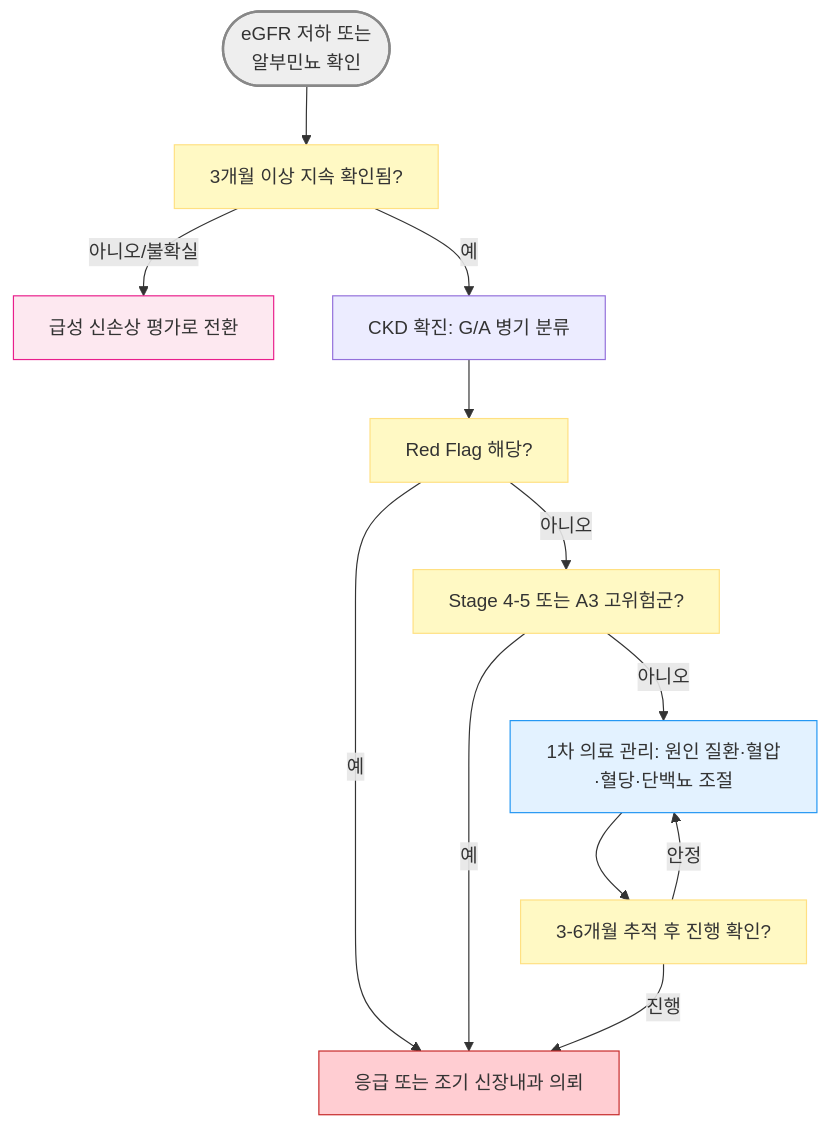
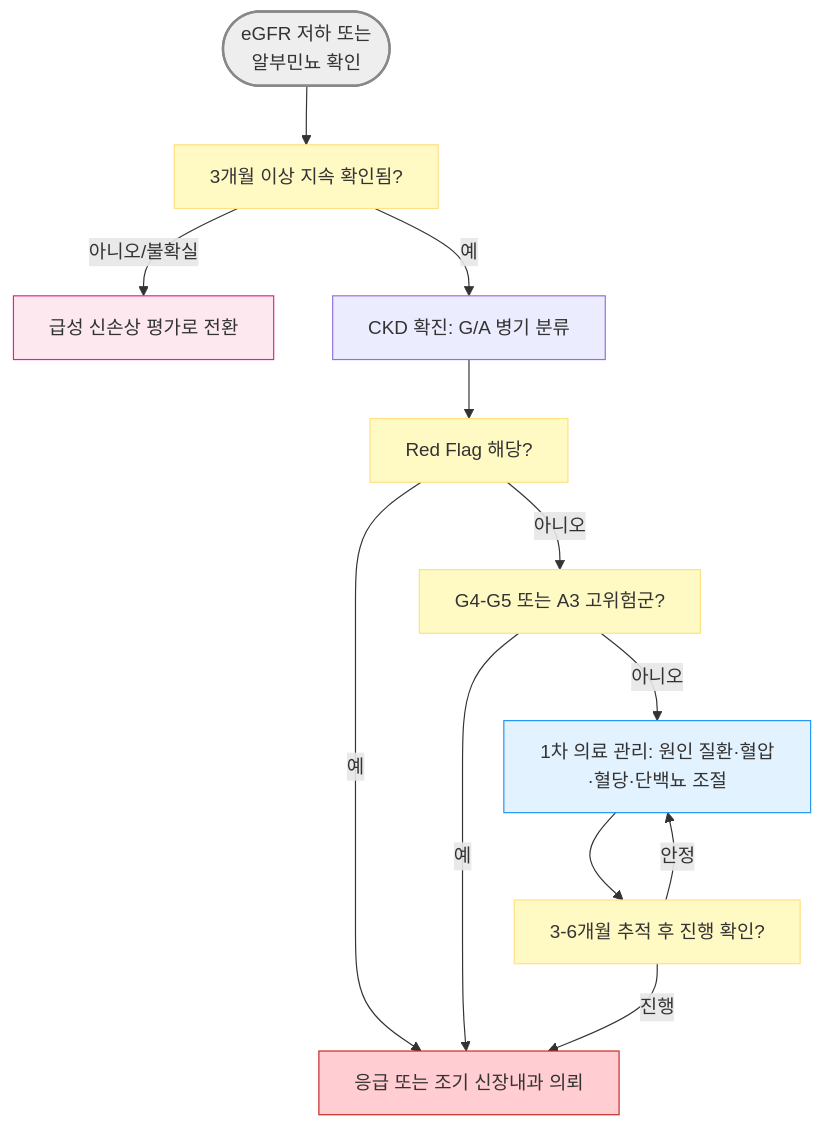
Before and after one commit to familyoh77/familyoh77: the diagram in 227_/112_-chronic-kidney-disease-ckd.md, drawn with Mermaid. The commit also changed other lines of this file and 7 other files, not shown here.

````diff
--- a/227_/112_-chronic-kidney-disease-ckd.md
+++ b/227_/112_-chronic-kidney-disease-ckd.md
@@ -164,21 +169,21 @@
 ```mermaid
 graph TD
     A([eGFR 저하 또는 <br/>알부민뇨 확인]) --> B[3개월 이상 지속 확인됨?]
     B -- 아니오/불확실 --> C[급성 신손상 평가로 전환]
     B -- 예 --> D[CKD 확진: G/A 병기 분류]
     D --> E[Red Flag 해당?]
     E -- 예 --> F[응급 또는 조기 신장내과 의뢰]
-    E -- 아니오 --> G[Stage 4-5 또는 A3 고위험군?]
+    E -- 아니오 --> G[G4-G5 또는 A3 고위험군?]
     G -- 예 --> F
     G -- 아니오 --> H[1차 의료 관리: 원인 질환·혈압·혈당·단백뇨 조절]
     H --> I[3-6개월 추적 후 진행 확인?]
     I -- 진행 --> F
     I -- 안정 --> H
 
 style A fill:#eeeeee,stroke:#888888,stroke-width:2px
 classDef yellow fill:#fff9c4,stroke:#ffe082
 class B,E,G,I yellow
 style H fill:#e3f2ff,stroke:#2196f3
 style C fill:#fde8f0,stroke:#e91e8c
 style F fill:#ffcdd2,stroke:#c62828
 ```
````
